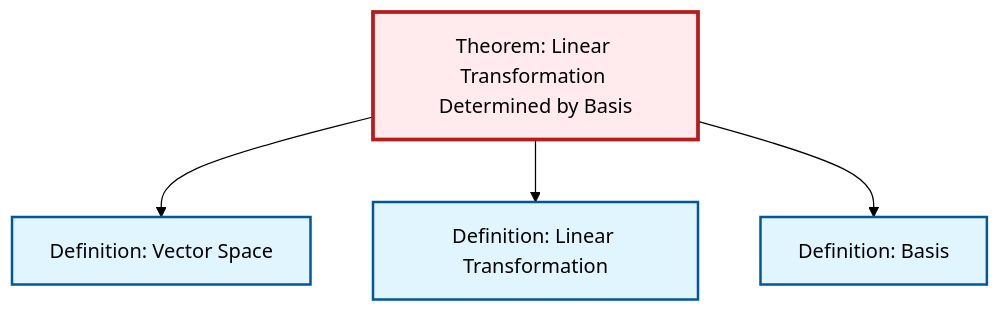
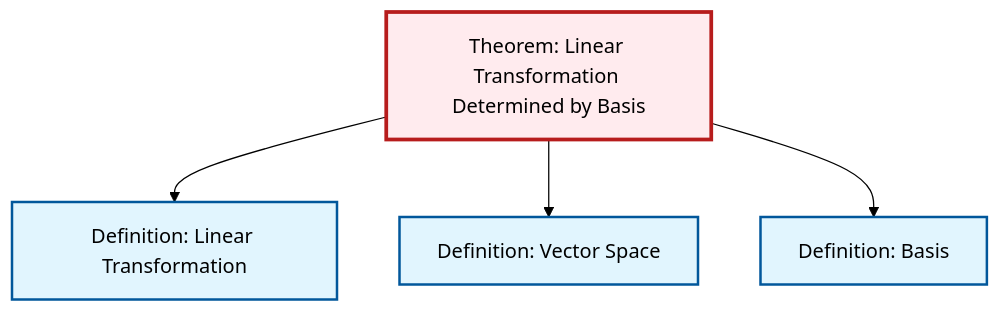
The diagram in content/ja/algebra/thm-linear-transformation-basis.qmd (RK0429/ModernMath), drawn with Mermaid (forest theme) before and after one commit. The commit also changed other lines of this file and 491 other files, not shown here.

````diff
--- a/content/ja/algebra/thm-linear-transformation-basis.qmd
+++ b/content/ja/algebra/thm-linear-transformation-basis.qmd
@@ -48,20 +48,20 @@
 ```{mermaid}
 %%| fig-cap: "Local dependency graph"
 graph TD
     classDef definition fill:#e1f5fe,stroke:#01579b,stroke-width:2px
     classDef theorem fill:#f3e5f5,stroke:#4a148c,stroke-width:2px
     classDef axiom fill:#fff3e0,stroke:#e65100,stroke-width:2px
     classDef example fill:#e8f5e9,stroke:#1b5e20,stroke-width:2px
     classDef current fill:#ffebee,stroke:#b71c1c,stroke-width:3px
+    thm-linear-transformation-basis["Theorem: Linear Transformation Determined by Basis"]:::theorem
     def-linear-transformation["Definition: Linear Transformation"]:::definition
+    def-vector-space["Definition: Vector Space"]:::definition
     def-basis["Definition: Basis"]:::definition
-    def-vector-space["Definition: Vector Space"]:::definition
-    thm-linear-transformation-basis["Theorem: Linear Transformation Determined by Basis"]:::theorem
+    thm-linear-transformation-basis --> def-linear-transformation
     thm-linear-transformation-basis --> def-vector-space
-    thm-linear-transformation-basis --> def-linear-transformation
     thm-linear-transformation-basis --> def-basis
     class thm-linear-transformation-basis current
     click def-linear-transformation "def-linear-transformation.html" "Definition: Linear Transformationへ"
+    click def-vector-space "def-vector-space.html" "Definition: Vector Spaceへ"
     click def-basis "def-basis.html" "Definition: Basisへ"
-    click def-vector-space "def-vector-space.html" "Definition: Vector Spaceへ"
 ```
````
